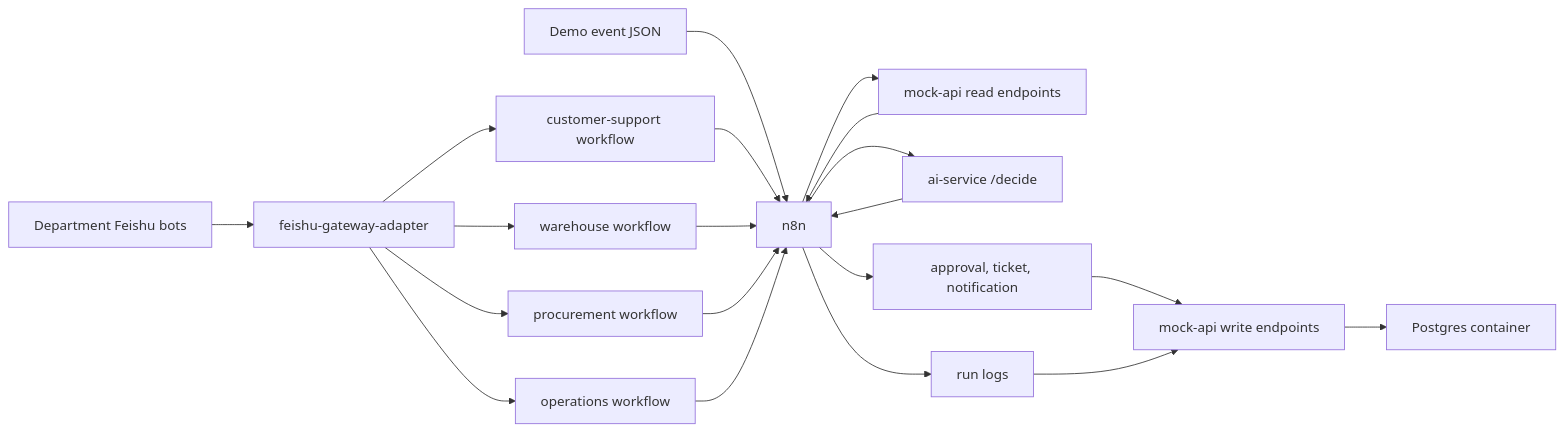
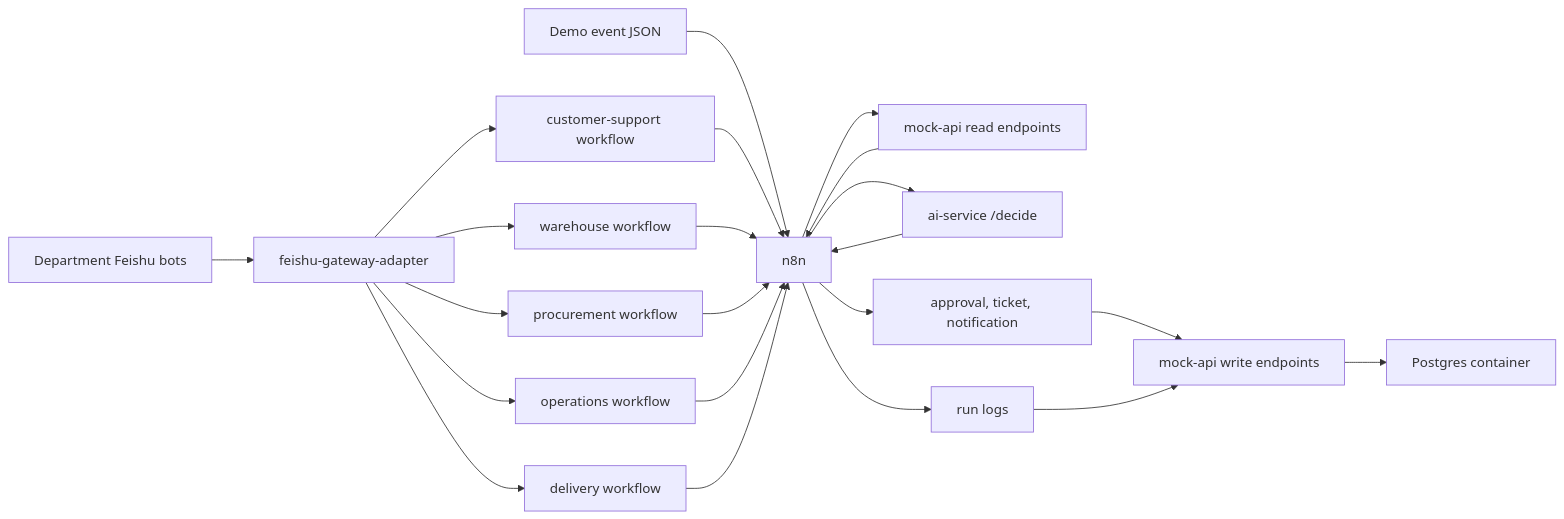
One commit to talon1126/agent changed the diagram in README.zh.md. Above: the diagram before and after it, drawn with Mermaid. The commit also changed other lines of this file and 14 other files, not shown here.

Commit message:
feat: add delivery workflow

````diff
--- a/README.zh.md
+++ b/README.zh.md
@@ -16,22 +16,24 @@
 ```mermaid
 flowchart LR
     Event["Demo event JSON"] --> N8N["n8n workflow"]
     Feishu["Department Feishu bots"] --> Adapter["feishu-gateway-adapter"]
     Adapter --> CS["customer-support workflow"]
     Adapter --> WH["warehouse workflow"]
     Adapter --> PR["procurement workflow"]
     Adapter --> OPS["operations workflow"]
+    Adapter --> DEL["delivery workflow"]
     CS --> N8N["n8n"]
     WH --> N8N
     PR --> N8N
     OPS --> N8N
+    DEL --> N8N
     N8N --> MockRead["mock-api read endpoints"]
     MockRead --> N8N
     N8N --> AI["ai-service /decide"]
     AI --> N8N
     N8N --> Actions["approval, ticket, notification"]
     N8N --> Logs["run logs"]
     Actions --> MockWrite["mock-api write endpoints"]
     Logs --> MockWrite
     MockWrite --> Postgres["Postgres container"]
 ```
````
